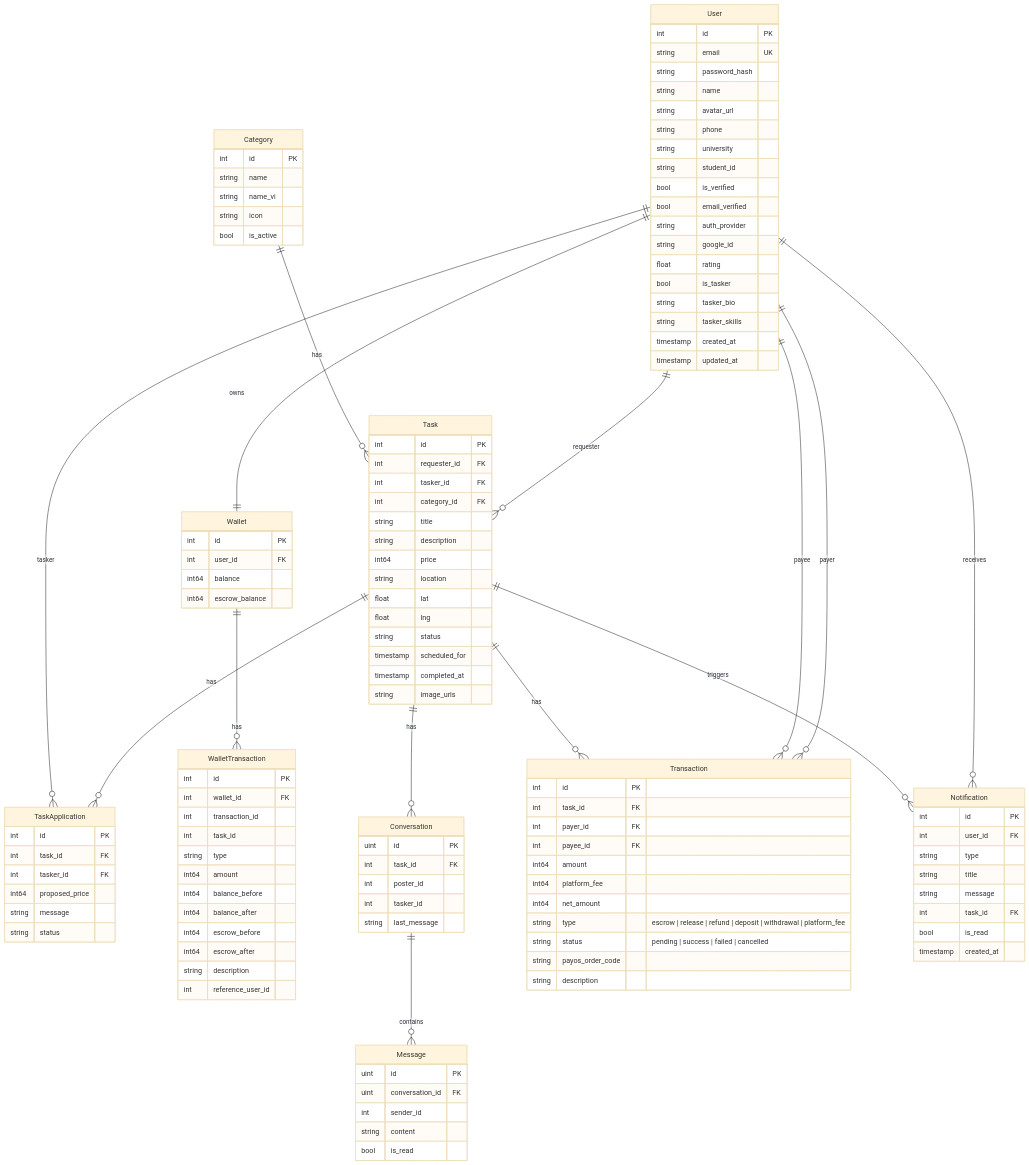
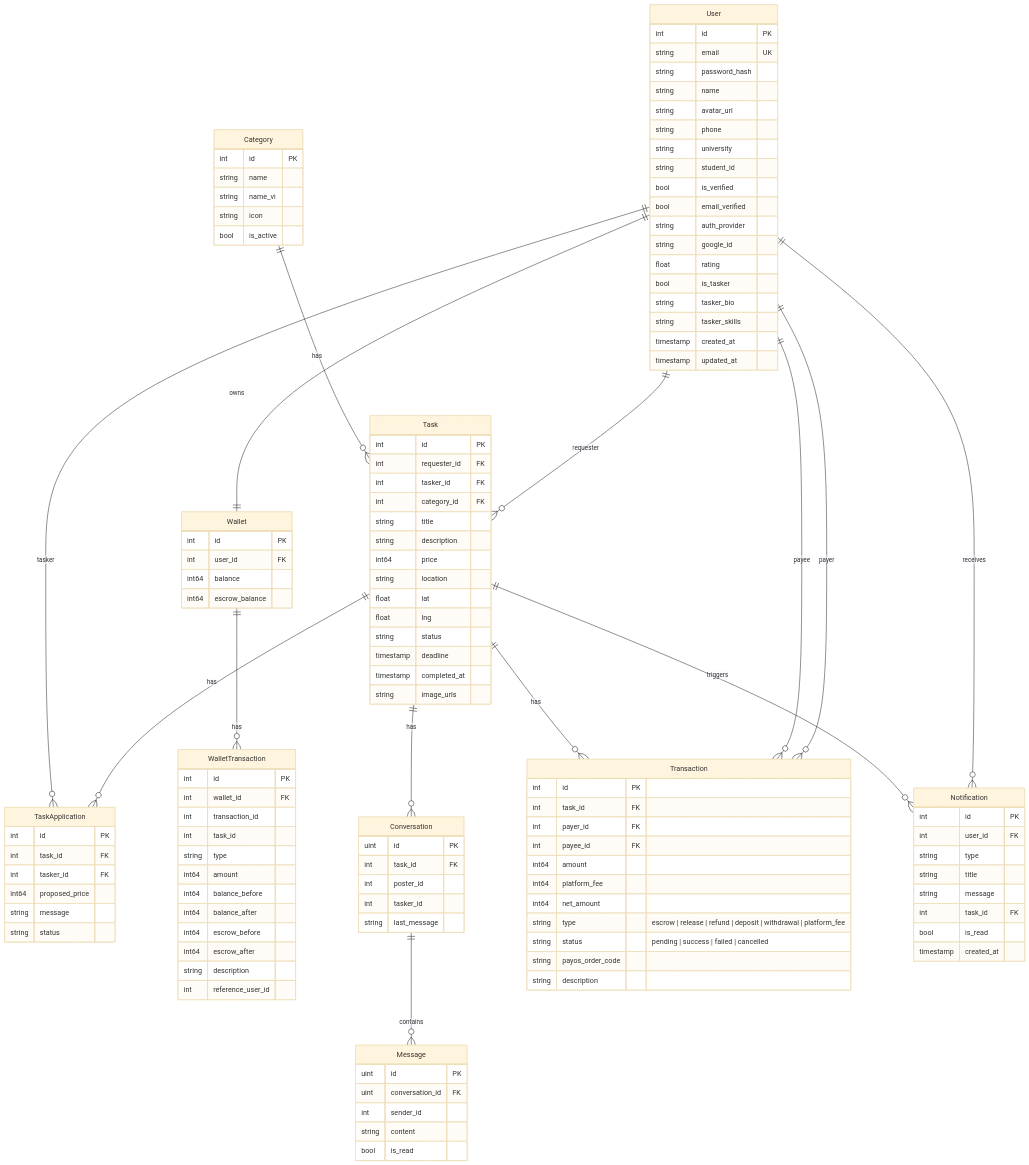
One commit to nhannht/viecz changed the fourth of 10 diagrams in docs/technical/ARCHITECTURE.md. Above: the diagram before and after it, drawn with Mermaid (base theme). The commit also changed 14 other files, not shown here.

```diff
--- a/docs/technical/ARCHITECTURE.md
+++ b/docs/technical/ARCHITECTURE.md
@@ -572,7 +572,7 @@
         float lat
         float lng
         string status
-        timestamp scheduled_for
+        timestamp deadline
         timestamp completed_at
         string image_urls
     }
```
